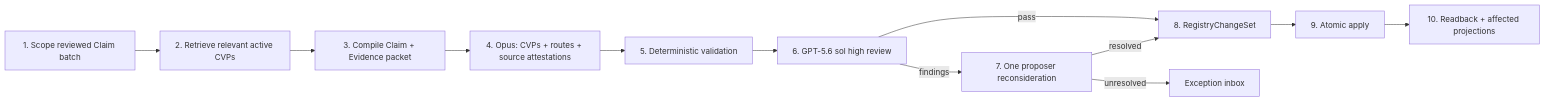
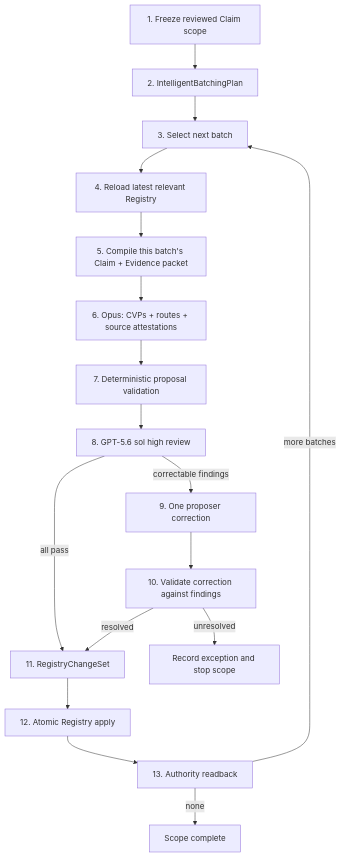
The third of 7 diagrams in docs/wang-knowledge-platform/canonical_viewpoint_registry_design_v1.md (junyang168/smart-answer), drawn with Mermaid before and after one commit. The commit also changed other lines of this file, not shown here.

Commit message:
docs(wang): define intelligent batching transactions

````diff
--- a/docs/wang-knowledge-platform/canonical_viewpoint_registry_design_v1.md
+++ b/docs/wang-knowledge-platform/canonical_viewpoint_registry_design_v1.md
@@ -972,14 +979,19 @@
 ```mermaid
-flowchart LR
-    S["1. Scope reviewed Claim batch"] --> I["2. Retrieve relevant active CVPs"]
-    I --> E["3. Compile Claim + Evidence packet"]
-    E --> P["4. Opus: CVPs + routes + source attestations"]
-    P --> D["5. Deterministic validation"]
-    D --> R["6. GPT-5.6 sol high review"]
-    R -->|"pass"| C["8. RegistryChangeSet"]
-    R -->|"findings"| O["7. One proposer reconsideration"]
-    O -->|"resolved"| C
-    O -->|"unresolved"| X["Exception inbox"]
-    C --> A["9. Atomic apply"]
-    A --> B["10. Readback + affected projections"]
+flowchart TD
+    S["1. Freeze reviewed Claim scope"] --> I["2. IntelligentBatchingPlan"]
+    I --> N["3. Select next batch"]
+    N --> R0["4. Reload latest relevant Registry"]
+    R0 --> E["5. Compile this batch's Claim + Evidence packet"]
+    E --> P["6. Opus: CVPs + routes + source attestations"]
+    P --> D["7. Deterministic proposal validation"]
+    D --> R["8. GPT-5.6 sol high review"]
+    R -->|"all pass"| C["11. RegistryChangeSet"]
+    R -->|"correctable findings"| O["9. One proposer correction"]
+    O --> V["10. Validate correction against findings"]
+    V -->|"resolved"| C
+    V -->|"unresolved"| X["Record exception and stop scope"]
+    C --> A["12. Atomic Registry apply"]
+    A --> B["13. Authority readback"]
+    B -->|"more batches"| N
+    B -->|"none"| Z["Scope complete"]
 ```
````
